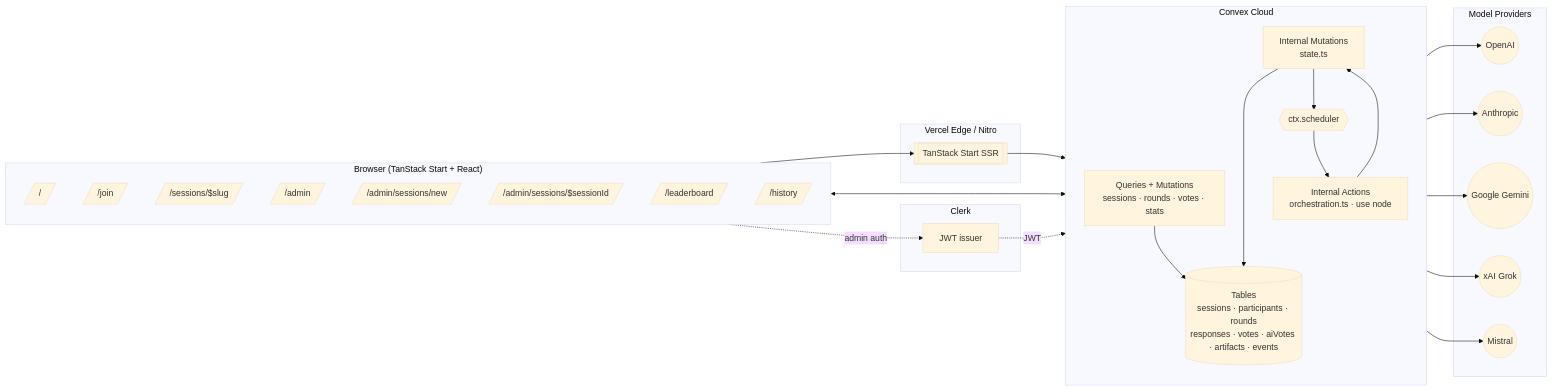
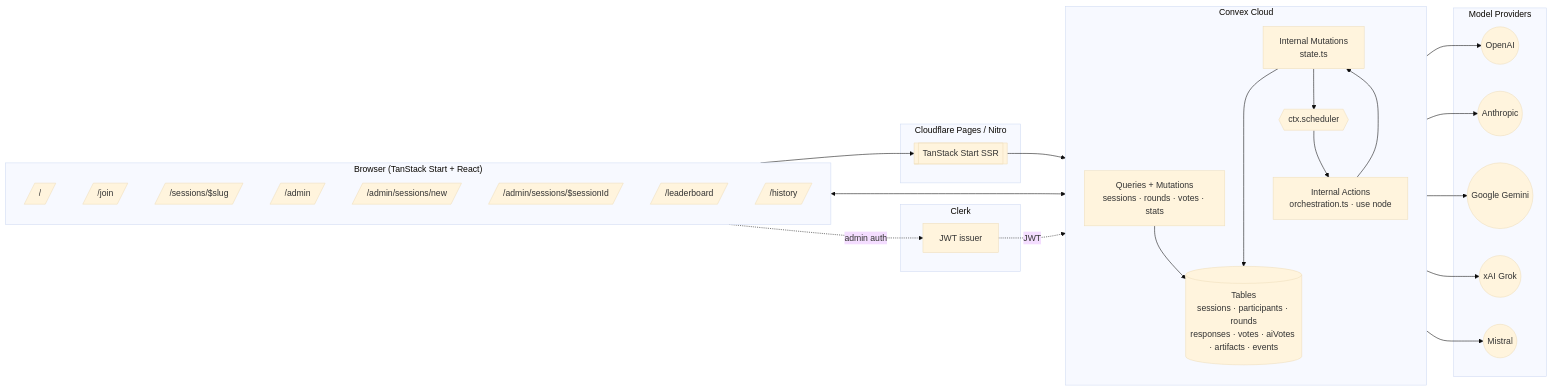
One commit to Radu028/ai-arena changed the first of 7 diagrams in docs/ARCHITECTURE.md. Above: the diagram before and after it, drawn with Mermaid (base theme). The commit also changed other lines of this file and 21 other files, not shown here.

````diff
--- a/docs/ARCHITECTURE.md
+++ b/docs/ARCHITECTURE.md
@@ -9,55 +9,55 @@
 ```mermaid
 flowchart LR
   subgraph Client["Browser (TanStack Start + React)"]
     Home[/"/"/]
     Join[/"/join"/]
     Session[/"/sessions/$slug"/]
     Admin[/"/admin"/]
     AdminNew[/"/admin/sessions/new"/]
     AdminCtrl[/"/admin/sessions/$sessionId"/]
     Leaderboard[/"/leaderboard"/]
     History[/"/history"/]
   end
 
-  subgraph Edge["Vercel Edge / Nitro"]
+  subgraph Edge["Cloudflare Pages / Nitro"]
     SSR[[TanStack Start SSR]]
   end
 
   subgraph Convex["Convex Cloud"]
     direction TB
     QM[Queries + Mutations<br/>sessions · rounds · votes · stats]
     IntMut[Internal Mutations<br/>state.ts]
     IntAct[Internal Actions<br/>orchestration.ts · use node]
     DB[(Tables<br/>sessions · participants · rounds<br/>responses · votes · aiVotes · artifacts · events)]
     Scheduler{{ctx.scheduler}}
   end
 
   subgraph Auth["Clerk"]
     ClerkIssuer[JWT issuer]
   end
 
   subgraph Providers["Model Providers"]
     OpenAI((OpenAI))
     Anthropic((Anthropic))
     Google((Google Gemini))
     XAI((xAI Grok))
     Mistral((Mistral))
   end
 
   Client --> SSR
   SSR --> Convex
   Client <---> Convex
   Client -.->|admin auth| ClerkIssuer
   ClerkIssuer -.->|JWT| Convex
   Convex --- DB
   QM --> DB
   IntMut --> DB
   IntMut --> Scheduler
   Scheduler --> IntAct
   IntAct --> IntMut
   IntAct --> OpenAI
   IntAct --> Anthropic
   IntAct --> Google
   IntAct --> XAI
   IntAct --> Mistral
 ```
````
